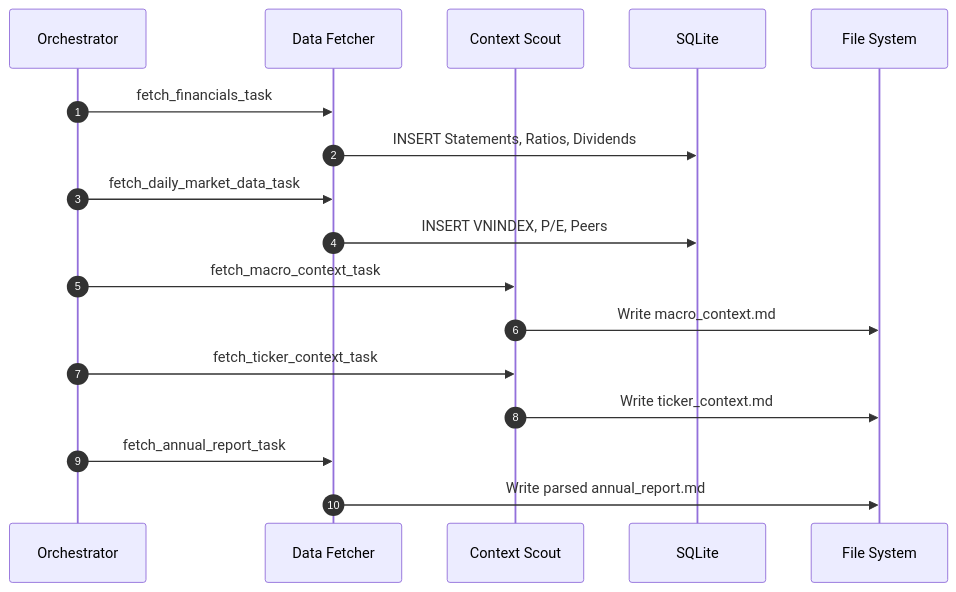
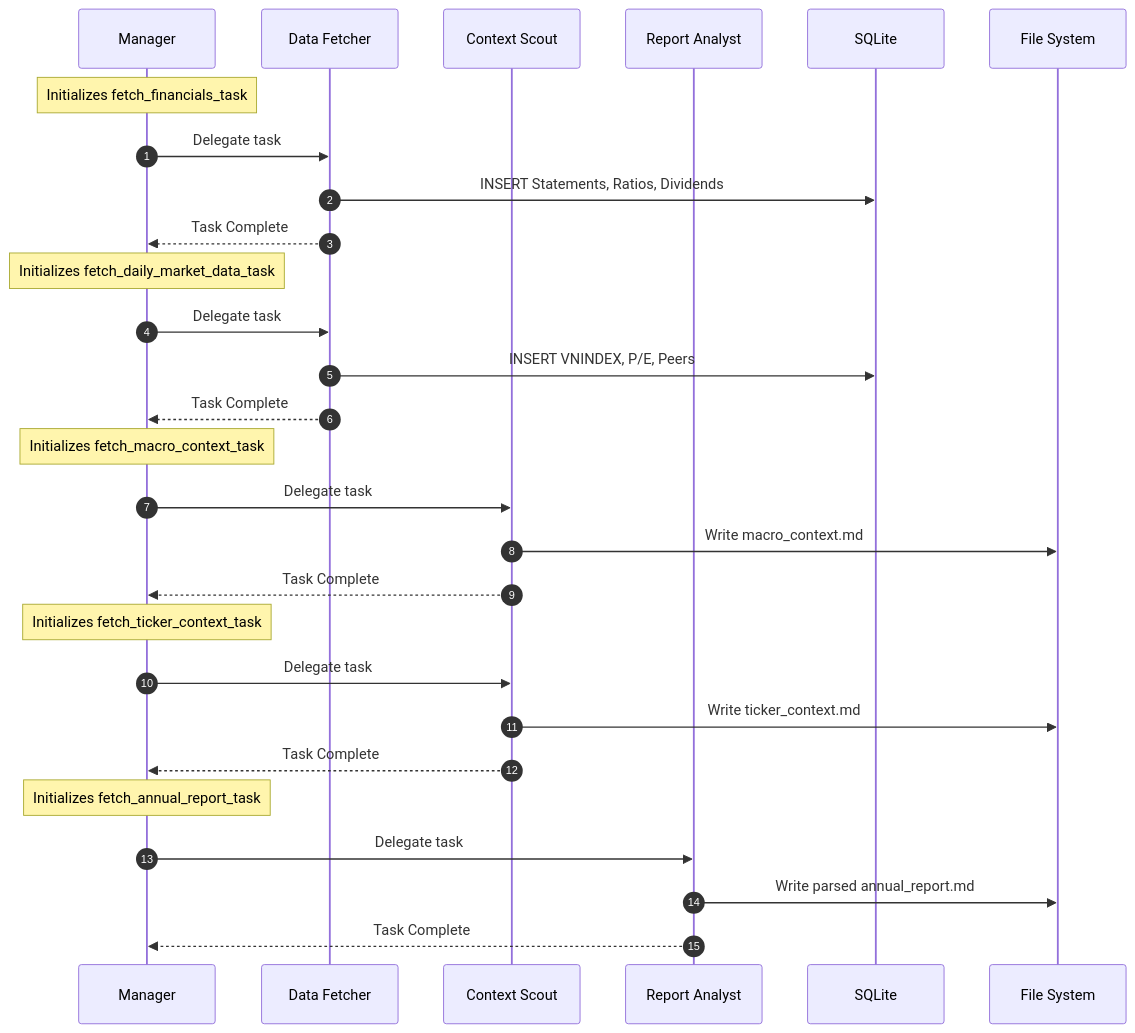
The second of 2 diagrams in src/stockiv/crews/collector/README.md (tranbinhluat/stockiv-skill), drawn with Mermaid before and after one commit. The commit also changed other lines of this file and 34 other files, not shown here.

First line of the commit message:
feat(flows): implement WeeklyReportFlow and refactor orchestration

````diff
--- a/src/stockiv/crews/collector/README.md
+++ b/src/stockiv/crews/collector/README.md
@@ -74,24 +88,35 @@
 ```mermaid
 sequenceDiagram
     autonumber
-    participant Orchestrator
+    participant MGR as Manager
     participant MDF as Data Fetcher
     participant MMS as Context Scout
+    participant ARA as Report Analyst
     participant DB as SQLite
     participant Disk as File System
 
-    Orchestrator->>MDF: fetch_financials_task
+    note over MGR: Initializes fetch_financials_task
+    MGR->>MDF: Delegate task
     MDF->>DB: INSERT Statements, Ratios, Dividends
-    
-    Orchestrator->>MDF: fetch_daily_market_data_task
+    MDF-->>MGR: Task Complete
+
+    note over MGR: Initializes fetch_daily_market_data_task
+    MGR->>MDF: Delegate task
     MDF->>DB: INSERT VNINDEX, P/E, Peers
-    
-    Orchestrator->>MMS: fetch_macro_context_task
+    MDF-->>MGR: Task Complete
+
+    note over MGR: Initializes fetch_macro_context_task
+    MGR->>MMS: Delegate task
     MMS->>Disk: Write macro_context.md
-    
-    Orchestrator->>MMS: fetch_ticker_context_task
+    MMS-->>MGR: Task Complete
+
+    note over MGR: Initializes fetch_ticker_context_task
+    MGR->>MMS: Delegate task
     MMS->>Disk: Write ticker_context.md
-    
-    Orchestrator->>MDF: fetch_annual_report_task
-    MDF->>Disk: Write parsed annual_report.md
+    MMS-->>MGR: Task Complete
+
+    note over MGR: Initializes fetch_annual_report_task
+    MGR->>ARA: Delegate task
+    ARA->>Disk: Write parsed annual_report.md
+    ARA-->>MGR: Task Complete
 ```
````
